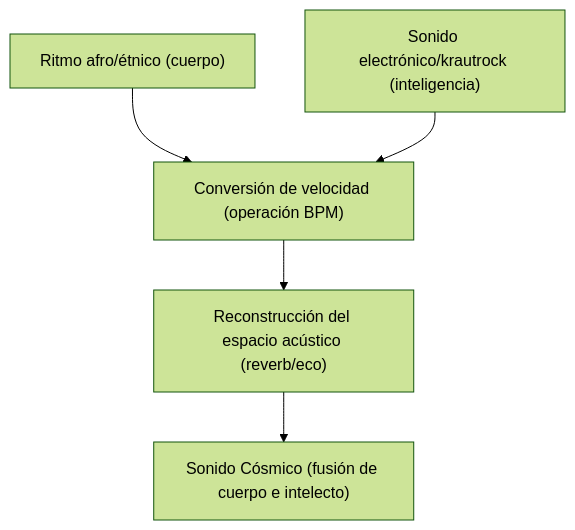
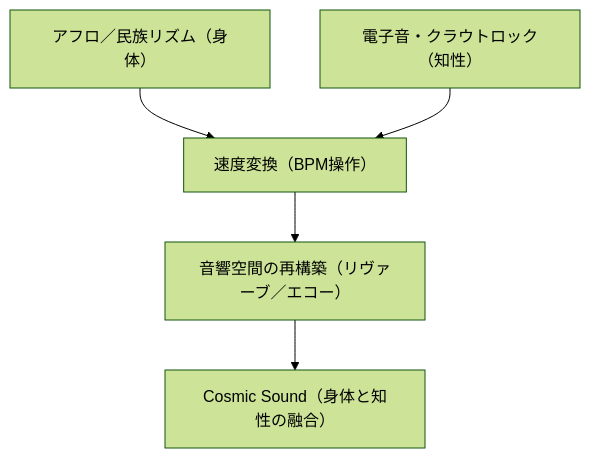
The second of 2 diagrams in es/_posts/2025-10-27-column-cosmic-sound.md (monumental-movement/monumental-movement.github.io), drawn with Mermaid (forest theme) before and after one commit. The commit also changed other lines of this file and 299 other files, not shown here.

```diff
--- a/es/_posts/2025-10-27-column-cosmic-sound.md
+++ b/es/_posts/2025-10-27-column-cosmic-sound.md
@@ -176,9 +176,9 @@
 <div class="mermaid">
 
 flowchart TD
-    A["Ritmo afro/étnico (cuerpo)"] --> C["Conversión de velocidad (operación BPM)"]
-    B["Sonido electrónico/krautrock (inteligencia)"] --> C
-    C --> D["Reconstrucción del espacio acústico (reverb/eco)"]
-    D --> E["Sonido Cósmico (fusión de cuerpo e intelecto)"]
+    A["アフロ／民族リズム（身体）"] --> C["速度変換（BPM操作）"]
+    B["電子音・クラウトロック（知性）"] --> C
+    C --> D["音響空間の再構築（リヴァーブ／エコー）"]
+    D --> E["Cosmic Sound（身体と知性の融合）"]
 
 </div>
```
